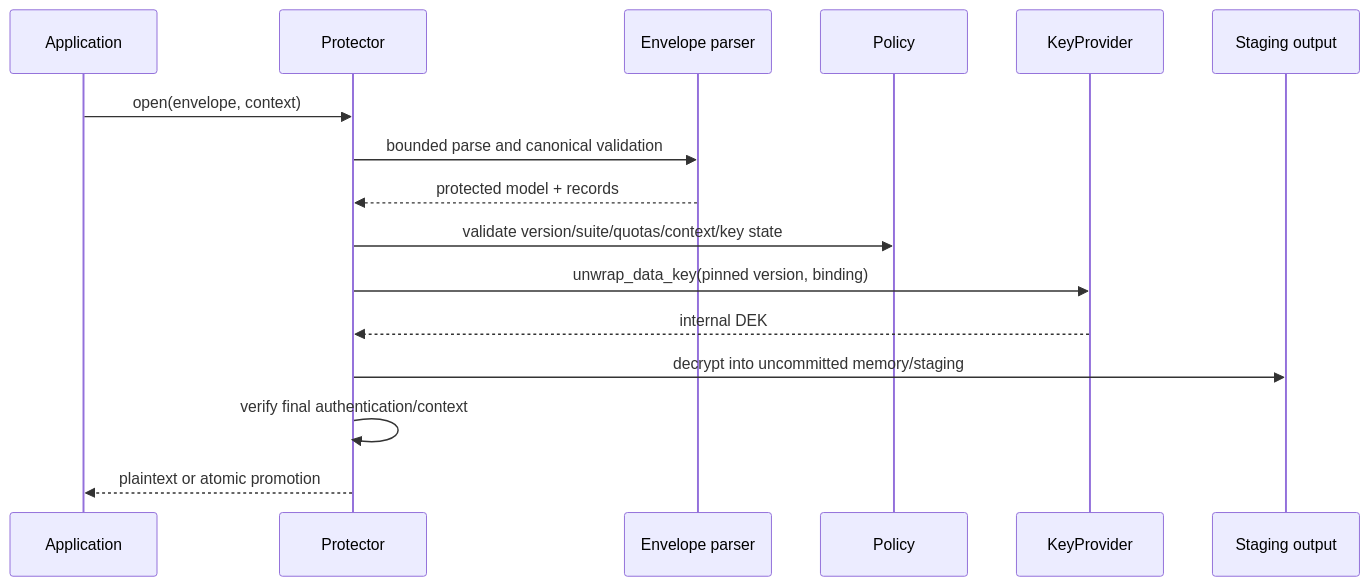
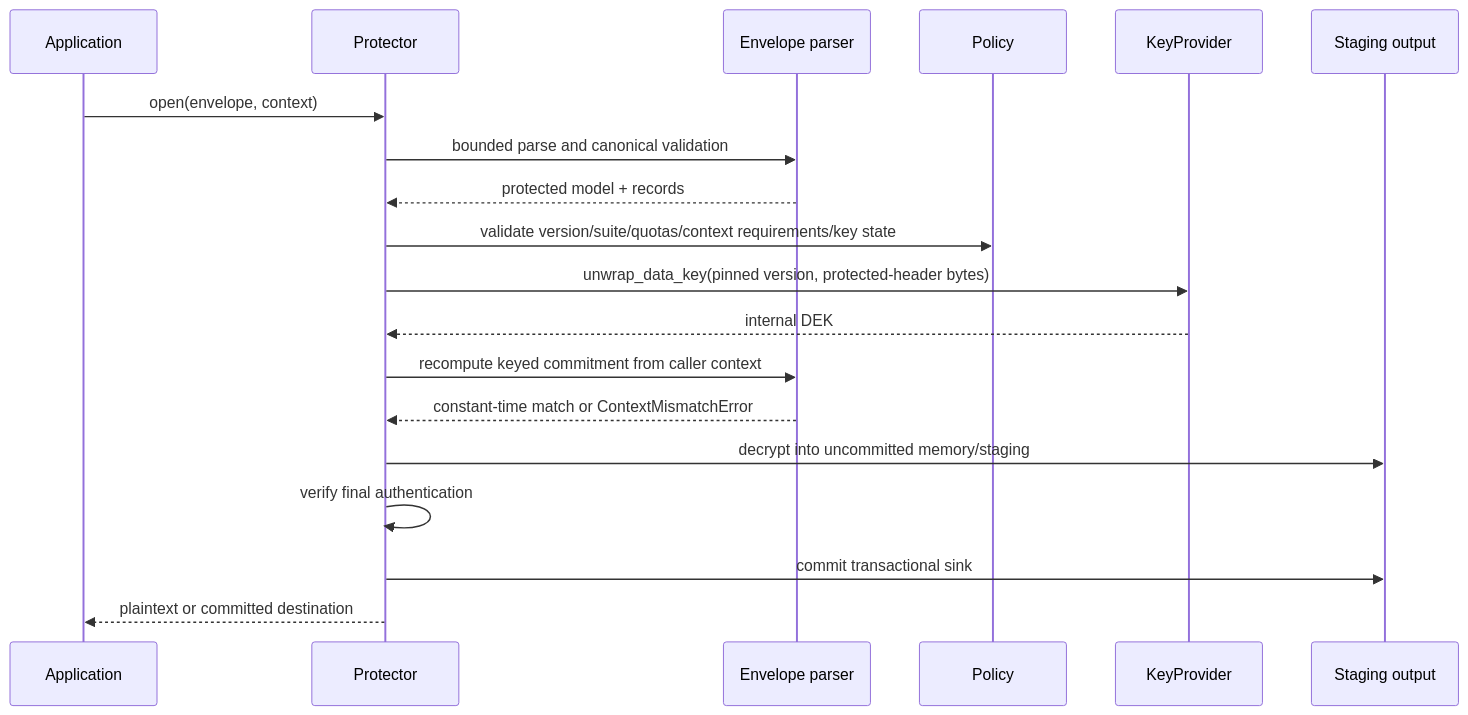
The third of 5 diagrams in docs/v4/architecture/target-architecture.md (Psychevus/cryptography-suite), drawn with Mermaid before and after one commit. The commit also changed other lines of this file and 13 other files, not shown here.

````diff
--- a/docs/v4/architecture/target-architecture.md
+++ b/docs/v4/architecture/target-architecture.md
@@ -83,19 +86,22 @@
 ```mermaid
 sequenceDiagram
     participant A as Application
     participant P as Protector
     participant E as Envelope parser
     participant Y as Policy
     participant K as KeyProvider
     participant S as Staging output
 
     A->>P: open(envelope, context)
     P->>E: bounded parse and canonical validation
     E-->>P: protected model + records
-    P->>Y: validate version/suite/quotas/context/key state
-    P->>K: unwrap_data_key(pinned version, binding)
+    P->>Y: validate version/suite/quotas/context requirements/key state
+    P->>K: unwrap_data_key(pinned version, protected-header bytes)
     K-->>P: internal DEK
+    P->>E: recompute keyed commitment from caller context
+    E-->>P: constant-time match or ContextMismatchError
     P->>S: decrypt into uncommitted memory/staging
-    P->>P: verify final authentication/context
-    P-->>A: plaintext or atomic promotion
+    P->>P: verify final authentication
+    P->>S: commit transactional sink
+    P-->>A: plaintext or committed destination
 ```
````
